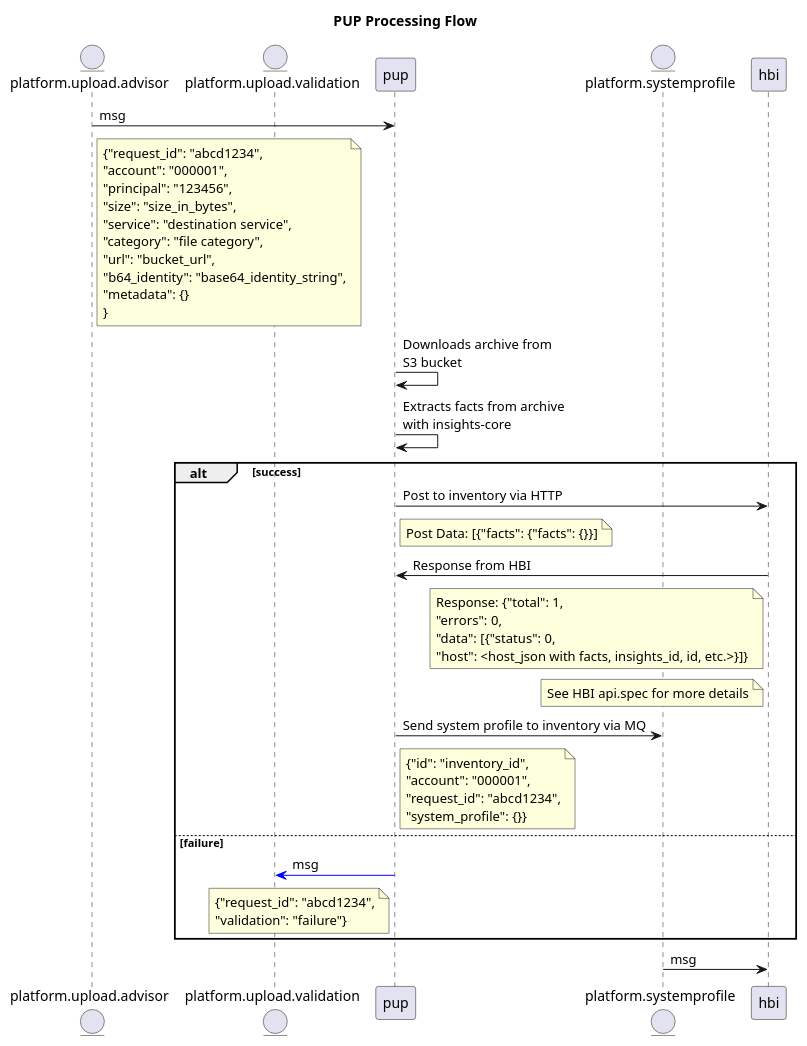
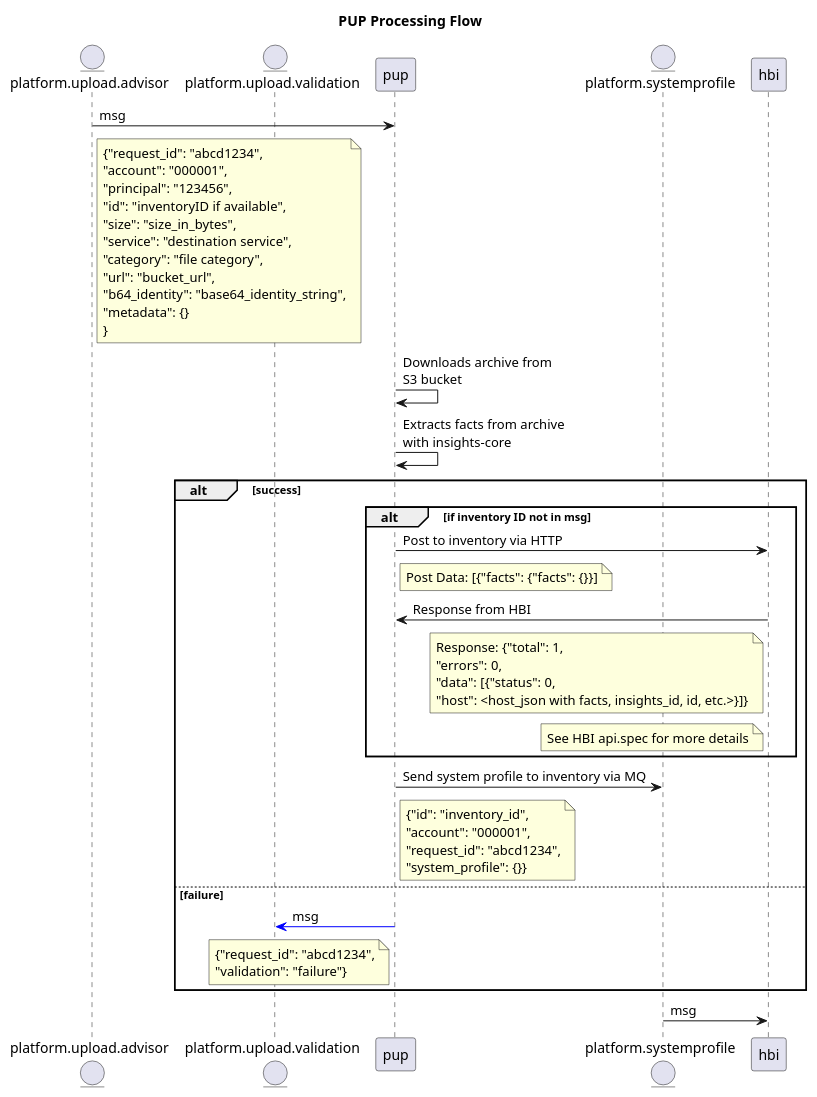
One commit to RedHatInsights/insights-pup changed the diagram in sequence.puml. Above: the diagram before and after it, drawn with PlantUML. The commit also changed 1 other file, not shown here.

Commit message:
Add inventory post IF statement

```diff
--- a/sequence.puml
+++ b/sequence.puml
@@ -1,25 +1,27 @@
 @startuml
 title PUP Processing Flow
 entity platform.upload.advisor
 entity platform.upload.validation
 participant pup
 entity platform.systemprofile
 participant hbi
 platform.upload.advisor->pup: msg
-Note right of platform.upload.advisor: {"request_id": "abcd1234",\n"account": "000001",\n"principal": "123456",\n"size": "size_in_bytes",\n"service": "destination service",\n"category": "file category",\n"url": "bucket_url",\n"b64_identity": "base64_identity_string",\n"metadata": {}\n}
+Note right of platform.upload.advisor: {"request_id": "abcd1234",\n"account": "000001",\n"principal": "123456",\n"id": "inventoryID if available",\n"size": "size_in_bytes",\n"service": "destination service",\n"category": "file category",\n"url": "bucket_url",\n"b64_identity": "base64_identity_string",\n"metadata": {}\n}
 pup->pup: Downloads archive from\nS3 bucket
 pup->pup: Extracts facts from archive\nwith insights-core
 alt success
-    pup->hbi: Post to inventory via HTTP
-    Note right of pup: Post Data: [{"facts": {"facts": {}}]
-    hbi->pup: Response from HBI
-    Note left of hbi: Response: {"total": 1,\n"errors": 0,\n"data": [{"status": 0,\n"host": <host_json with facts, insights_id, id, etc.>}]}
-    Note left of hbi: See HBI api.spec for more details
+    alt if inventory ID not in msg
+        pup->hbi: Post to inventory via HTTP
+        Note right of pup: Post Data: [{"facts": {"facts": {}}]
+        hbi->pup: Response from HBI
+        Note left of hbi: Response: {"total": 1,\n"errors": 0,\n"data": [{"status": 0,\n"host": <host_json with facts, insights_id, id, etc.>}]}
+        Note left of hbi: See HBI api.spec for more details
+    end
     pup->platform.systemprofile: Send system profile to inventory via MQ
     Note right of pup: {"id": "inventory_id",\n"account": "000001",\n"request_id": "abcd1234",\n"system_profile": {}}
 else failure
     pup[#0000FF]->platform.upload.validation: msg
     Note left of pup: {"request_id": "abcd1234",\n"validation": "failure"}
 end
 platform.systemprofile->hbi: msg
 @enduml
```
